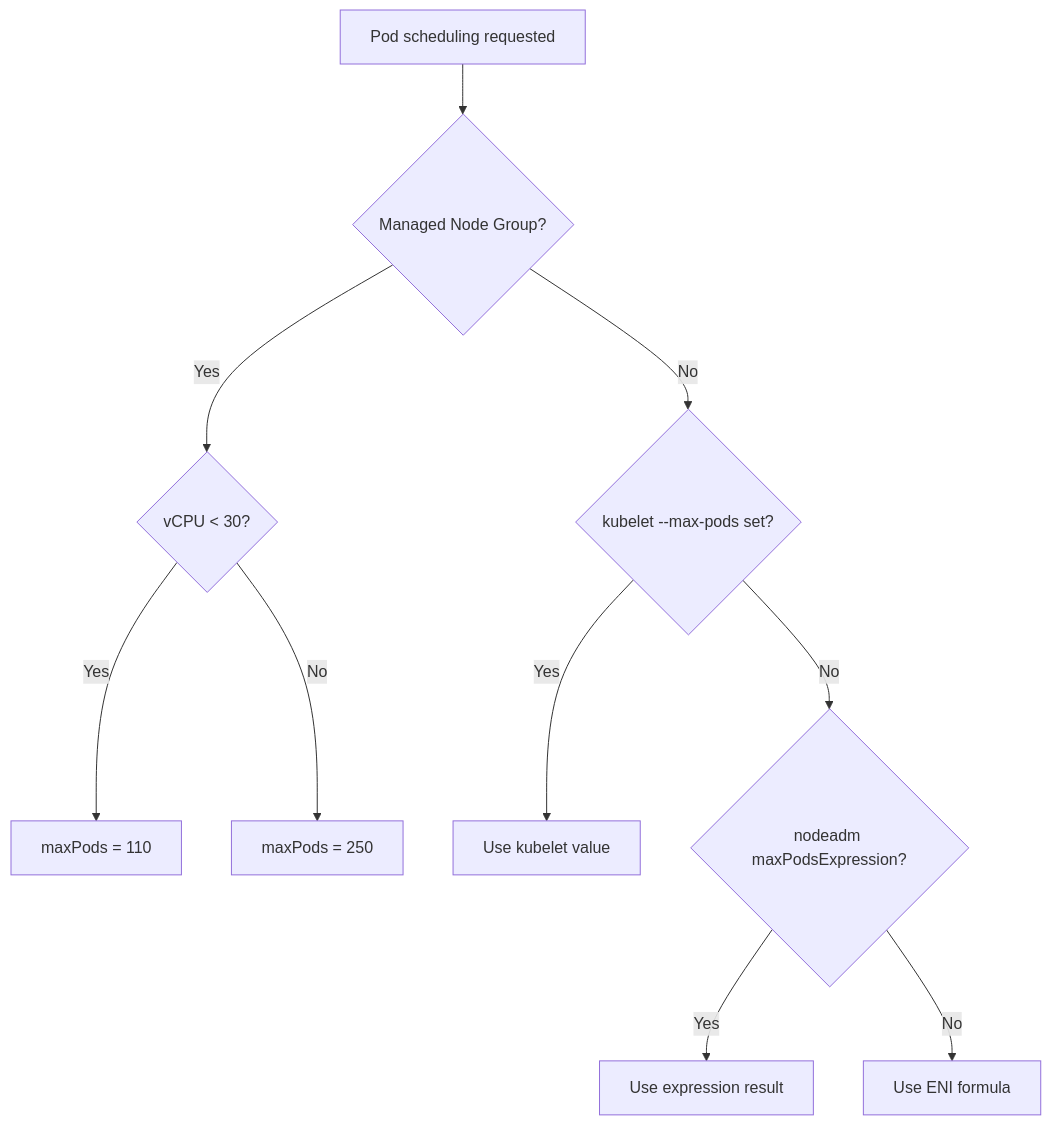
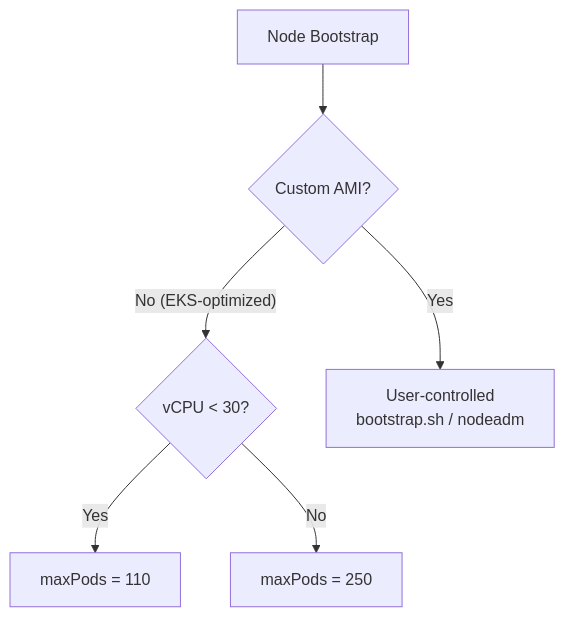
One commit to pyy0715/eks-pratice changed the diagram in docs/week2/3_pod-capacity.md. Above: the diagram before and after it, drawn with Mermaid. The commit also changed other lines of this file and 10 other files, not shown here.

````diff
--- a/docs/week2/3_pod-capacity.md
+++ b/docs/week2/3_pod-capacity.md
@@ -58,12 +50,8 @@
 ```mermaid
 flowchart TD
-    A[Pod scheduling requested] --> B{Managed Node Group?}
-    B -->|Yes| C{vCPU < 30?}
-    C -->|Yes| D[maxPods = 110]
-    C -->|No| E[maxPods = 250]
-    B -->|No| F{kubelet --max-pods set?}
-    F -->|Yes| G[Use kubelet value]
-    F -->|No| H{nodeadm maxPodsExpression?}
-    H -->|Yes| I[Use expression result]
-    H -->|No| J[Use ENI formula]
+    A["Node Bootstrap"] --> B{"Custom AMI?"}
+    B -->|"No (EKS-optimized)"| C{"vCPU < 30?"}
+    C -->|"Yes"| D["maxPods = 110"]
+    C -->|"No"| E["maxPods = 250"]
+    B -->|"Yes"| F["User-controlled\nbootstrap.sh / nodeadm"]
 ```
````
